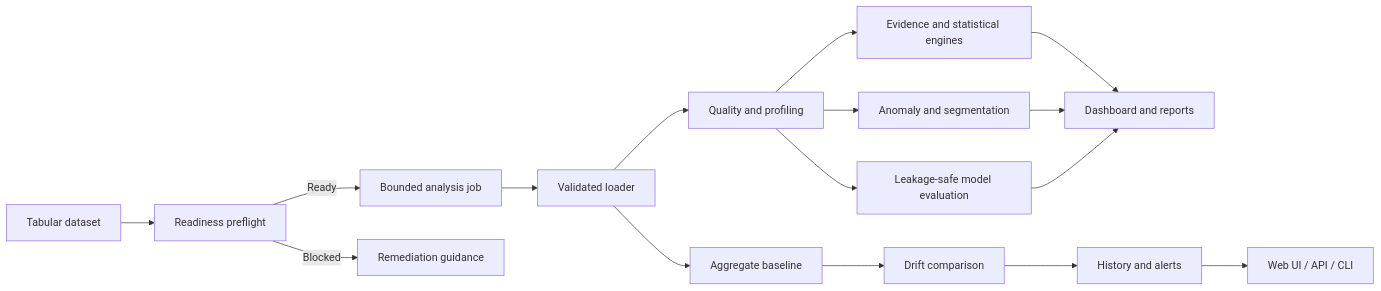
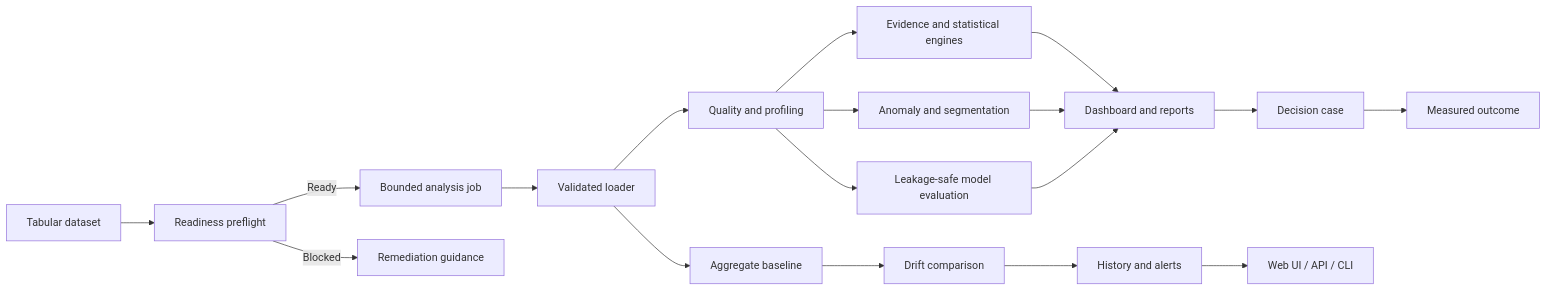
Before and after one commit to NikitaMarshchonok/data-prism: the diagram in README.md, drawn with Mermaid. The commit also changed other lines of this file and 15 other files, not shown here.

````diff
--- a/README.md
+++ b/README.md
@@ -33,18 +34,20 @@
 ```mermaid
 flowchart LR
     A[Tabular dataset] --> P[Readiness preflight]
     P -->|Ready| Q[Bounded analysis job]
     P -->|Blocked| X[Remediation guidance]
     Q --> B[Validated loader]
     B --> C[Quality and profiling]
     C --> D[Evidence and statistical engines]
     C --> E[Anomaly and segmentation]
     C --> F[Leakage-safe model evaluation]
     D --> G[Dashboard and reports]
     E --> G
     F --> G
+    G --> L[Decision case]
+    L --> M[Measured outcome]
     B --> H[Aggregate baseline]
     H --> I[Drift comparison]
     I --> J[History and alerts]
     J --> K[Web UI / API / CLI]
 ```
````
